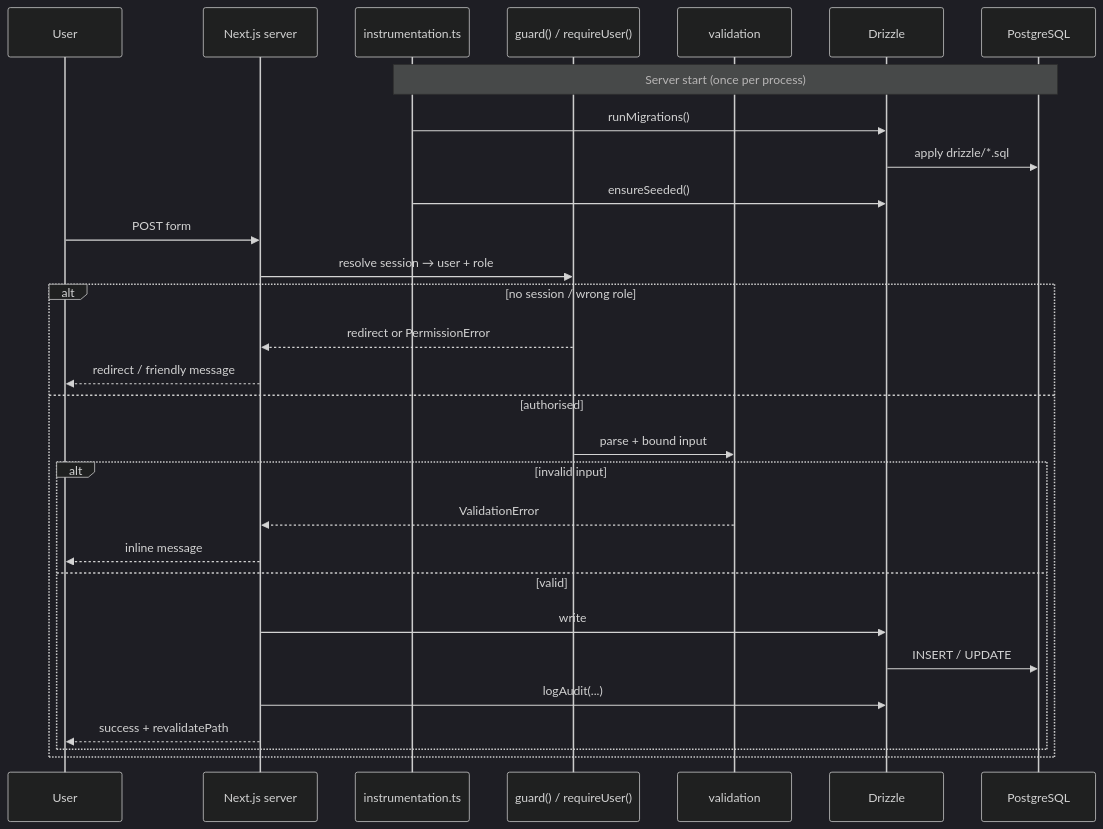
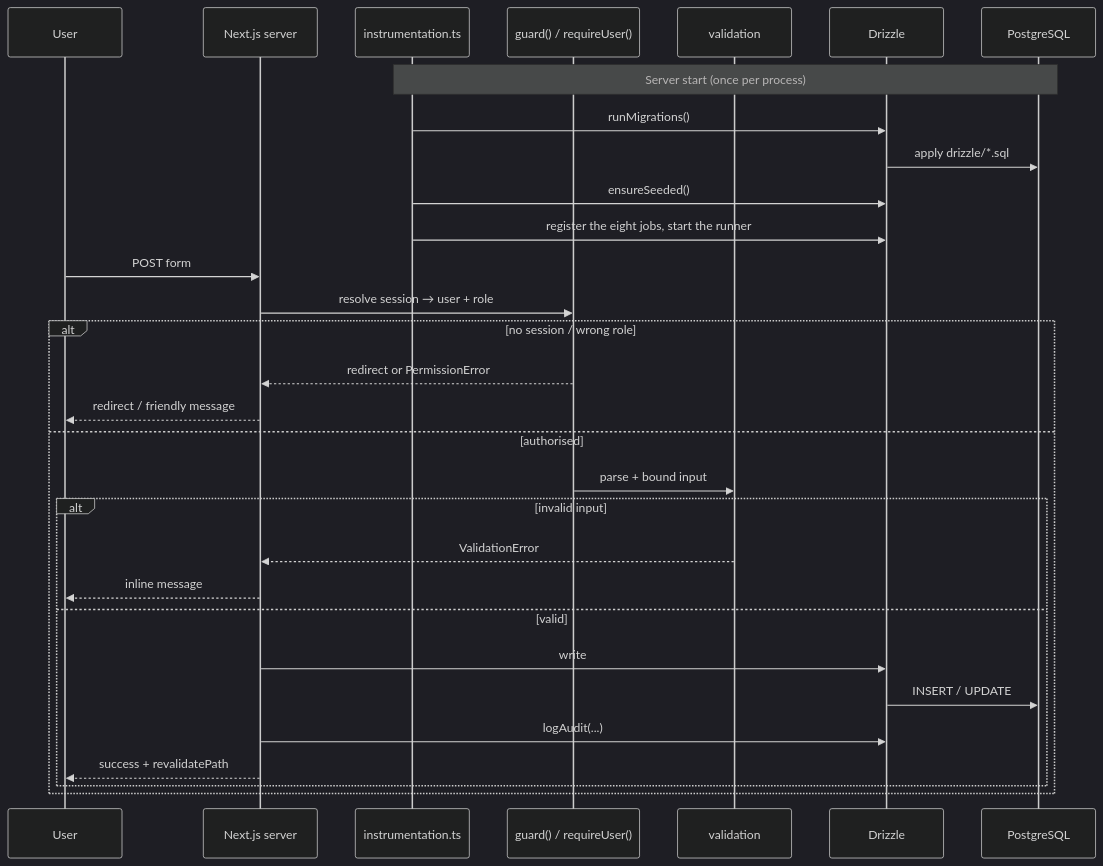
The third of 9 diagrams in docs/ARCHITECTURE.md (iwani1/RTS), drawn with Mermaid (dark theme) before and after one commit. The commit also changed other lines of this file and 4 other files, not shown here.

First line of the commit message:
docs: close out the feature checklist and update the architecture, API, operations and README

````diff
--- a/docs/ARCHITECTURE.md
+++ b/docs/ARCHITECTURE.md
@@ -92,33 +107,34 @@
 ```mermaid
 sequenceDiagram
     participant U as User
     participant N as Next.js server
     participant I as instrumentation.ts
     participant G as guard() / requireUser()
     participant V as validation
     participant D as Drizzle
     participant P as PostgreSQL
 
     Note over I,P: Server start (once per process)
     I->>D: runMigrations()
     D->>P: apply drizzle/*.sql
     I->>D: ensureSeeded()
+    I->>D: register the eight jobs, start the runner
 
     U->>N: POST form
     N->>G: resolve session → user + role
     alt no session / wrong role
         G-->>N: redirect or PermissionError
         N-->>U: redirect / friendly message
     else authorised
         G->>V: parse + bound input
         alt invalid input
             V-->>N: ValidationError
             N-->>U: inline message
         else valid
             N->>D: write
             D->>P: INSERT / UPDATE
             N->>D: logAudit(...)
             N-->>U: success + revalidatePath
         end
     end
 ```
````
